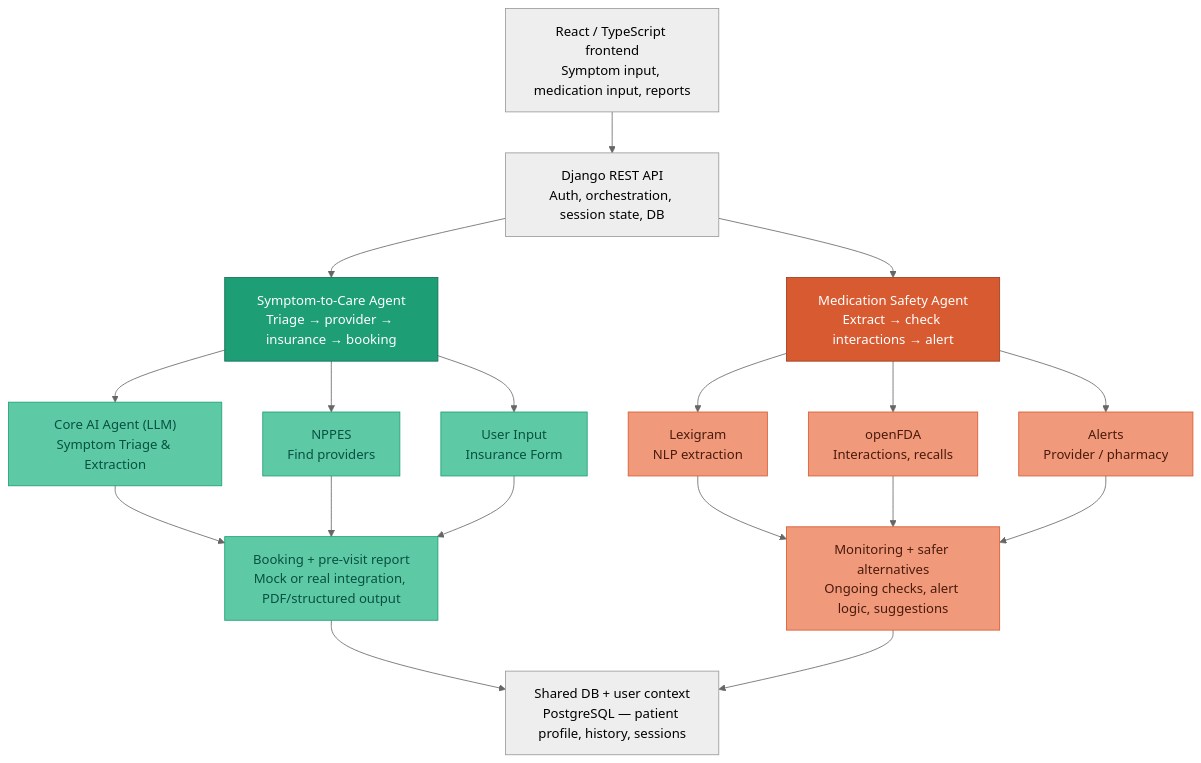
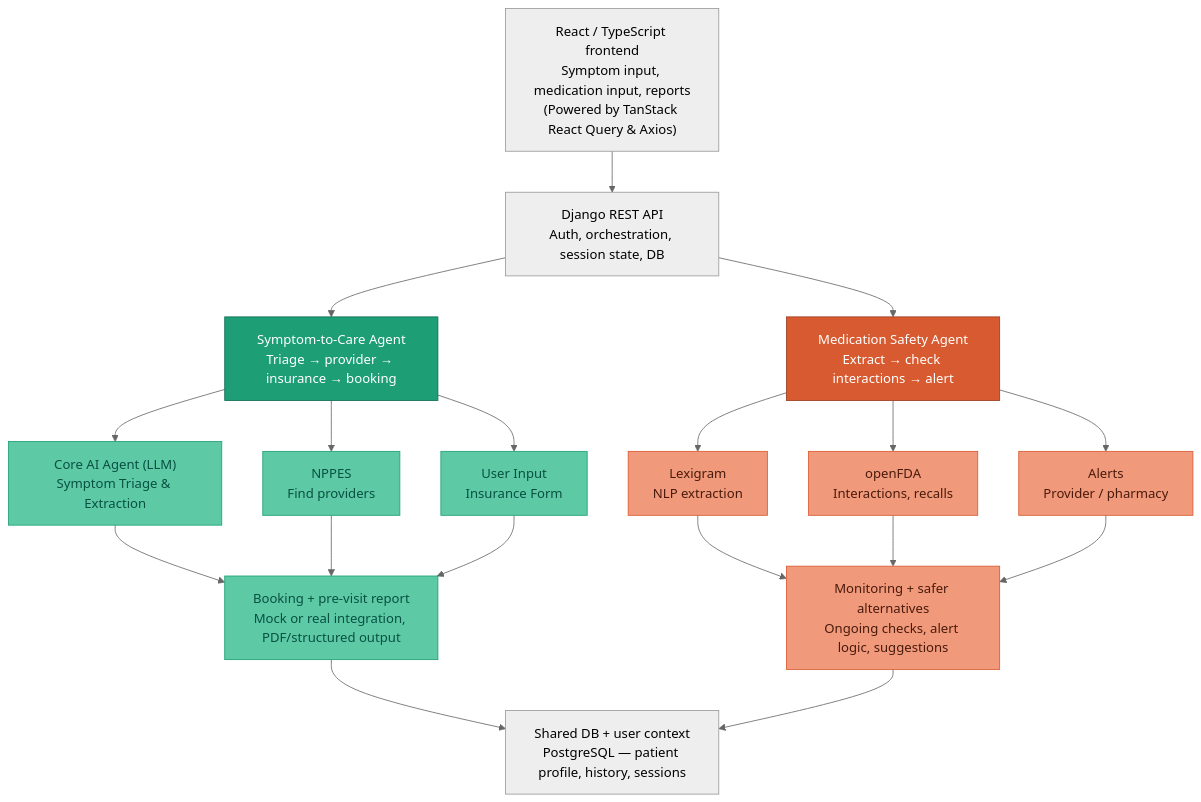
One commit to HealthAgentO1/HealthAgent changed the diagram in docs/architecture.md. Above: the diagram before and after it, drawn with Mermaid (neutral theme). The commit also changed 1 other file, not shown here.

````diff
--- a/docs/architecture.md
+++ b/docs/architecture.md
@@ -3,37 +3,37 @@
 ```mermaid
 flowchart TD
-    FE["React / TypeScript frontend\nSymptom input, medication input, reports"]
+    FE["React / TypeScript frontend\nSymptom input, medication input, reports\n(Powered by TanStack React Query & Axios)"]
     API["Django REST API\nAuth, orchestration, session state, DB"]
 
     FE --> API
 
     API --> S1["Symptom-to-Care Agent\nTriage → provider → insurance → booking"]
     API --> S2["Medication Safety Agent\nExtract → check interactions → alert"]
 
     S1 --> A1["Core AI Agent (LLM)\nSymptom Triage & Extraction"]
     S1 --> A2["NPPES\nFind providers"]
     S1 --> A3["User Input\nInsurance Form"]
 
     A1 & A2 & A3 --> B1["Booking + pre-visit report\nMock or real integration, PDF/structured output"]
 
     S2 --> B2["Lexigram\nNLP extraction"]
     S2 --> B3["openFDA\nInteractions, recalls"]
     S2 --> B4["Alerts\nProvider / pharmacy"]
 
     B2 & B3 & B4 --> C1["Monitoring + safer alternatives\nOngoing checks, alert logic, suggestions"]
 
     B1 --> DB["Shared DB + user context\nPostgreSQL — patient profile, history, sessions"]
     C1 --> DB
 
     style S1 fill:#1D9E75,color:#fff,stroke:#0F6E56
     style A1 fill:#5DCAA5,color:#085041,stroke:#1D9E75
     style A2 fill:#5DCAA5,color:#085041,stroke:#1D9E75
     style A3 fill:#5DCAA5,color:#085041,stroke:#1D9E75
     style B1 fill:#5DCAA5,color:#085041,stroke:#1D9E75
 
     style S2 fill:#D85A30,color:#fff,stroke:#993C1D
     style B2 fill:#F0997B,color:#4A1B0C,stroke:#D85A30
     style B3 fill:#F0997B,color:#4A1B0C,stroke:#D85A30
     style B4 fill:#F0997B,color:#4A1B0C,stroke:#D85A30
     style C1 fill:#F0997B,color:#4A1B0C,stroke:#D85A30
 ```
````
